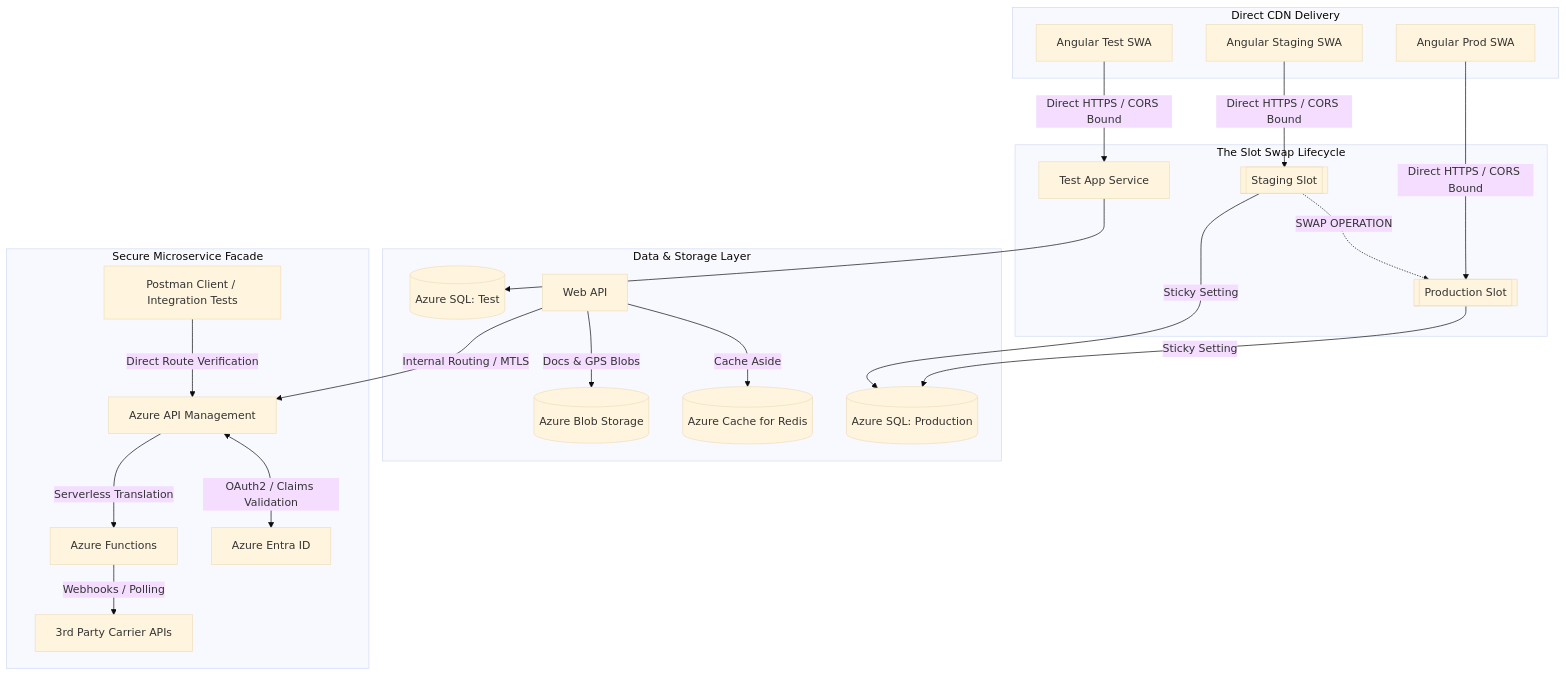
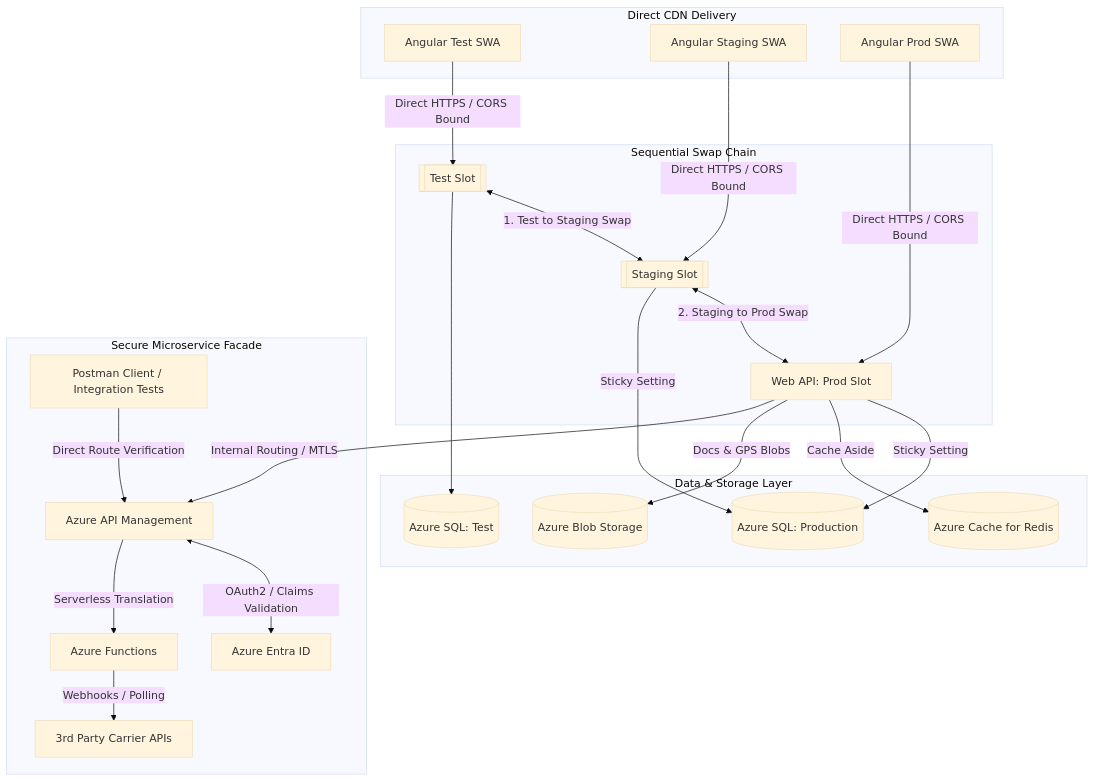
Before and after one commit to acforbes/freight-logistics-architecture: the first of 2 diagrams in README.md, drawn with Mermaid (base theme).

Commit message:
docs: updated readme with slot chain deployment

````diff
--- a/README.md
+++ b/README.md
@@ -36,32 +36,33 @@
 ```mermaid
 graph TD
     subgraph Frontend Layer [Direct CDN Delivery]
         SWA_Test[Angular Test SWA]
         SWA_Stag[Angular Staging SWA]
         SWA_Prod[Angular Prod SWA]
     end
 
-    subgraph Backend App Service Plan [The Slot Swap Lifecycle]
-        SWA_Test -->|Direct HTTPS / CORS Bound| API_Test[Test App Service]
+    subgraph Backend App Service Plan [Sequential Swap Chain]
+        SWA_Test -->|Direct HTTPS / CORS Bound| Slot_Test[[Test Slot]]
         SWA_Stag -->|Direct HTTPS / CORS Bound| Slot_Stag[[Staging Slot]]
         SWA_Prod -->|Direct HTTPS / CORS Bound| Slot_Prod[[Production Slot]]
         
-        Slot_Stag -.->|SWAP OPERATION| Slot_Prod
+        Slot_Test <-->|1. Test to Staging Swap| Slot_Stag
+        Slot_Stag <-->|2. Staging to Prod Swap| Slot_Prod
     end
 
     subgraph Data & Storage Layer
-        API_Test --> DB_Test[(Azure SQL: Test)]
+        Slot_Test --> DB_Test[(Azure SQL: Test)]
         Slot_Stag -->|Sticky Setting| DB_Prod[(Azure SQL: Production)]
         Slot_Prod -->|Sticky Setting| DB_Prod
-        AppService -->|Cache Aside| Redis[(Azure Cache for Redis)]
-        AppService -->|Docs & GPS Blobs| Blob[(Azure Blob Storage)]
+        Slot_Prod -->|Cache Aside| Redis[(Azure Cache for Redis)]
+        Slot_Prod -->|Docs & GPS Blobs| Blob[(Azure Blob Storage)]
     end
 
     subgraph Secure Microservice Facade
-        AppService[Web API] -->|Internal Routing / MTLS| APIM[Azure API Management]
+        Slot_Prod[Web API: Prod Slot] -->|Internal Routing / MTLS| APIM[Azure API Management]
         PM[Postman Client / Integration Tests] -->|Direct Route Verification| APIM
         APIM <-->|OAuth2 / Claims Validation| Entra[Azure Entra ID]
         APIM -->|Serverless Translation| AzFunc[Azure Functions]
         AzFunc -->|Webhooks / Polling| External[3rd Party Carrier APIs]
     end
 ```
````
